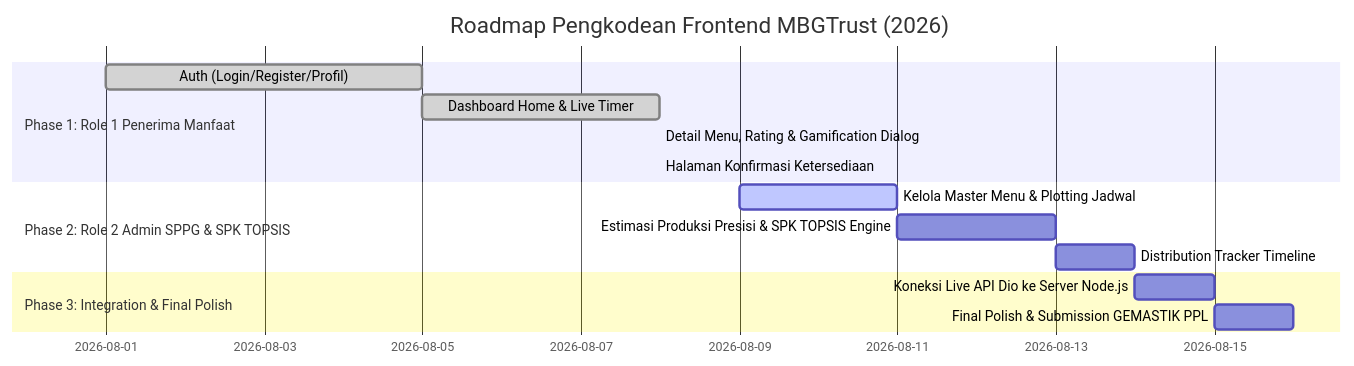
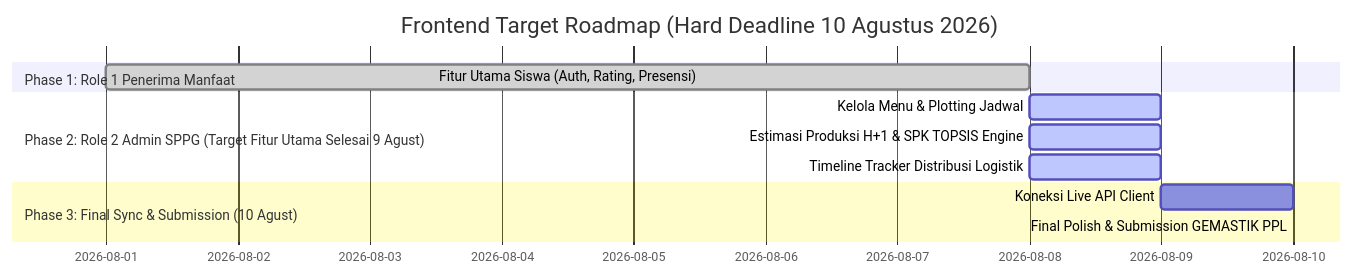
One commit to Daffarael/MBGTrust changed the diagram in docs/frontend_prd_and_roadmap.md. Above: the diagram before and after it, drawn with Mermaid. The commit also changed other lines of this file, not shown here.

Commit message:
docs: update frontend roadmap for hard deadline 9-10 august

````diff
--- a/docs/frontend_prd_and_roadmap.md
+++ b/docs/frontend_prd_and_roadmap.md
@@ -202,17 +108,14 @@
 ```mermaid
 gantt
-    title Roadmap Pengkodean Frontend MBGTrust (2026)
+    title Frontend Target Roadmap (Hard Deadline 10 Agustus 2026)
     dateFormat  YYYY-MM-DD
     section Phase 1: Role 1 Penerima Manfaat
-    Auth (Login/Register/Profil)               :done, p1_1, 2026-08-01, 2026-08-05
-    Dashboard Home & Live Timer                :done, p1_2, 2026-08-05, 2026-08-08
-    Detail Menu, Rating & Gamification Dialog  :done, p1_3, 2026-08-08, 2026-08-08
-    Halaman Konfirmasi Ketersediaan            :done, p1_4, 2026-08-08, 2026-08-08
-    section Phase 2: Role 2 Admin SPPG & SPK TOPSIS
-    Kelola Master Menu & Plotting Jadwal        :active, p2_1, 2026-08-09, 2026-08-11
-    Estimasi Produksi Presisi & SPK TOPSIS Engine: p2_2, 2026-08-11, 2026-08-13
-    Distribution Tracker Timeline               : p2_3, 2026-08-13, 2026-08-14
-    section Phase 3: Integration & Final Polish
-    Koneksi Live API Dio ke Server Node.js     : p3_1, 2026-08-14, 2026-08-15
-    Final Polish & Submission GEMASTIK PPL      : p3_2, 2026-08-15, 2026-08-16
+    Fitur Utama Siswa (Auth, Rating, Presensi)   :done, p1_1, 2026-08-01, 2026-08-08
+    section Phase 2: Role 2 Admin SPPG (Target Fitur Utama Selesai 9 Agust)
+    Kelola Menu & Plotting Jadwal              :active, p2_1, 2026-08-08, 2026-08-09
+    Estimasi Produksi H+1 & SPK TOPSIS Engine   :active, p2_2, 2026-08-08, 2026-08-09
+    Timeline Tracker Distribusi Logistik        :active, p2_3, 2026-08-08, 2026-08-09
+    section Phase 3: Final Sync & Submission (10 Agust)
+    Koneksi Live API Client                     : p3_1, 2026-08-09, 2026-08-10
+    Final Polish & Submission GEMASTIK PPL      : p3_2, 2026-08-10, 2026-08-10
 ```
````
